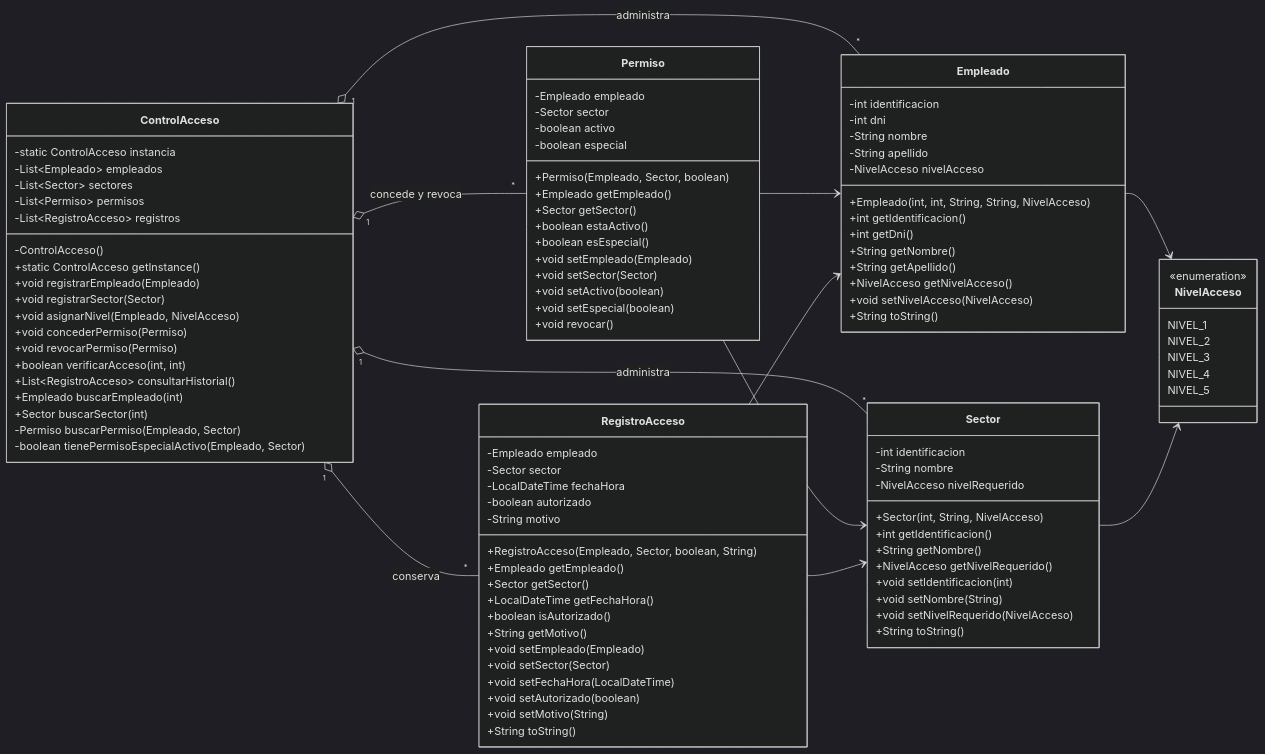
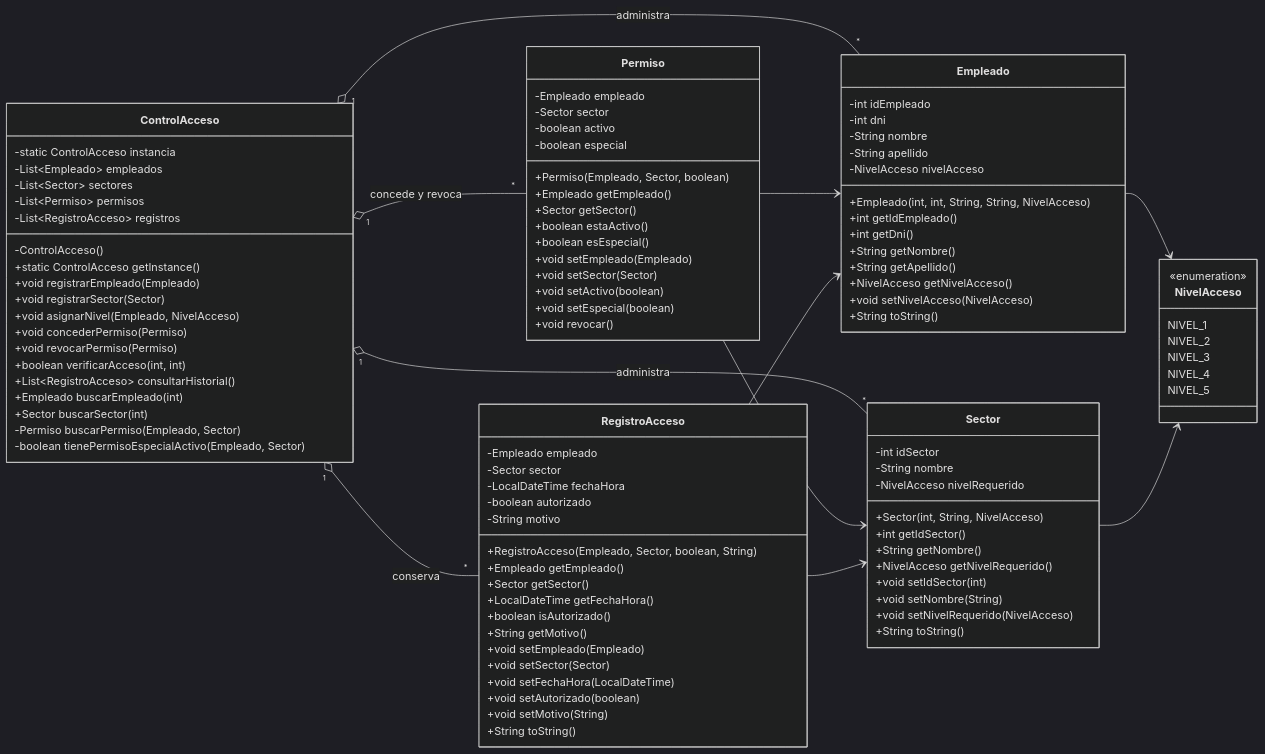
Before and after one commit to PatronSingleton-DisenoSoftware/Patron-Singleton-Software-EGI: the first of 2 diagrams in docs/informe/04-diseno.md, drawn with Mermaid (dark theme). The commit also changed other lines of this file and 12 other files, not shown here.

First line of the commit message:
Renombra los identificadores a idEmpleado e idSector

```diff
--- a/docs/informe/04-diseno.md
+++ b/docs/informe/04-diseno.md
@@ -261,13 +261,13 @@
     }
 
     class Empleado {
-        -int identificacion
+        -int idEmpleado
         -int dni
         -String nombre
         -String apellido
         -NivelAcceso nivelAcceso
         +Empleado(int, int, String, String, NivelAcceso)
-        +int getIdentificacion()
+        +int getIdEmpleado()
         +int getDni()
         +String getNombre()
         +String getApellido()
@@ -277,14 +277,14 @@
     }
 
     class Sector {
-        -int identificacion
+        -int idSector
         -String nombre
         -NivelAcceso nivelRequerido
         +Sector(int, String, NivelAcceso)
-        +int getIdentificacion()
+        +int getIdSector()
         +String getNombre()
         +NivelAcceso getNivelRequerido()
-        +void setIdentificacion(int)
+        +void setIdSector(int)
         +void setNombre(String)
         +void setNivelRequerido(NivelAcceso)
         +String toString()
```
